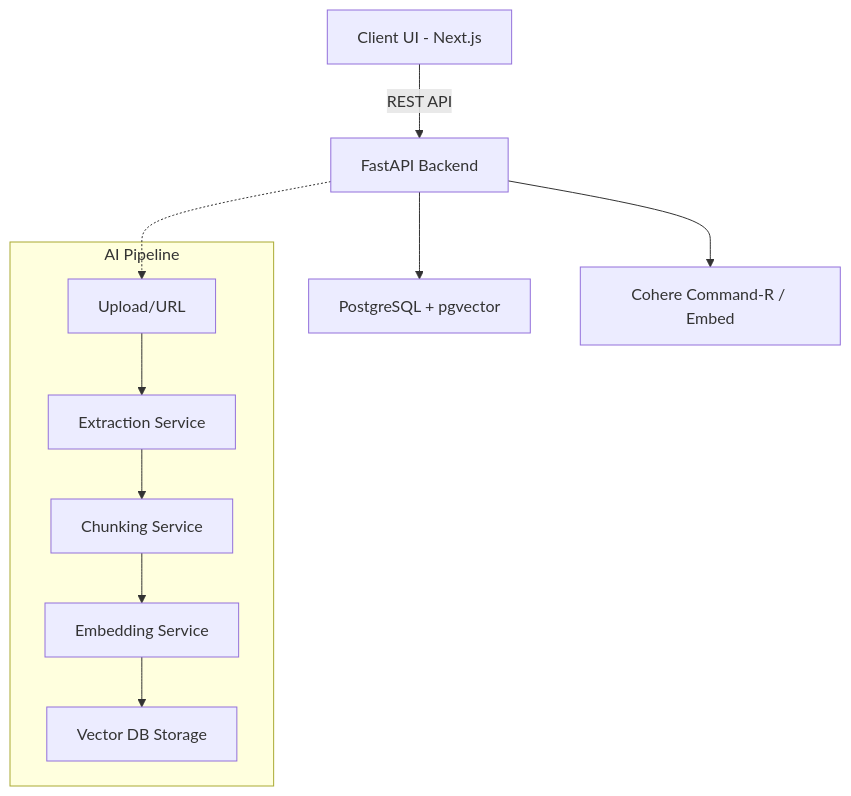
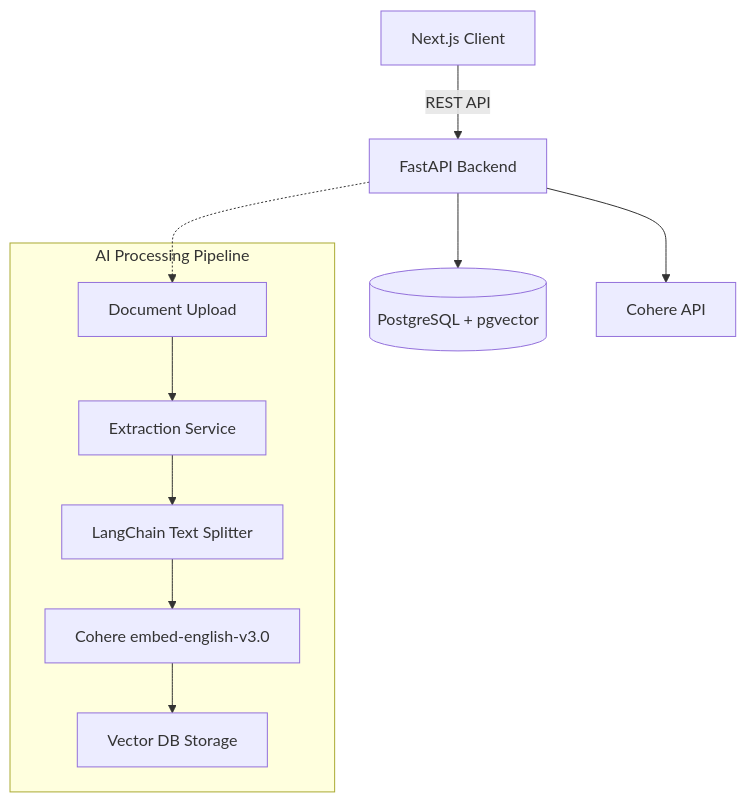
Before and after one commit to Ramkrishna45/DocSense-AI: the diagram in README.md, drawn with Mermaid. The commit also changed other lines of this file, not shown here.

````diff
--- a/README.md
+++ b/README.md
@@ -45,15 +61,15 @@
 ```mermaid
 graph TD
-    A[Client UI - Next.js] -->|REST API| B[FastAPI Backend]
-    B --> C[PostgreSQL + pgvector]
-    B --> D[Cohere Command-R / Embed]
+    A[Next.js Client] -->|REST API| B[FastAPI Backend]
+    B --> C[(PostgreSQL + pgvector)]
+    B --> D[Cohere API]
     
-    subgraph AI Pipeline
-    E[Upload/URL] --> F[Extraction Service]
-    F --> G[Chunking Service]
-    G --> H[Embedding Service]
+    subgraph AI Processing Pipeline
+    E[Document Upload] --> F[Extraction Service]
+    F --> G[LangChain Text Splitter]
+    G --> H[Cohere embed-english-v3.0]
     H --> I[Vector DB Storage]
     end
     
     B -.-> E
 ```
````
